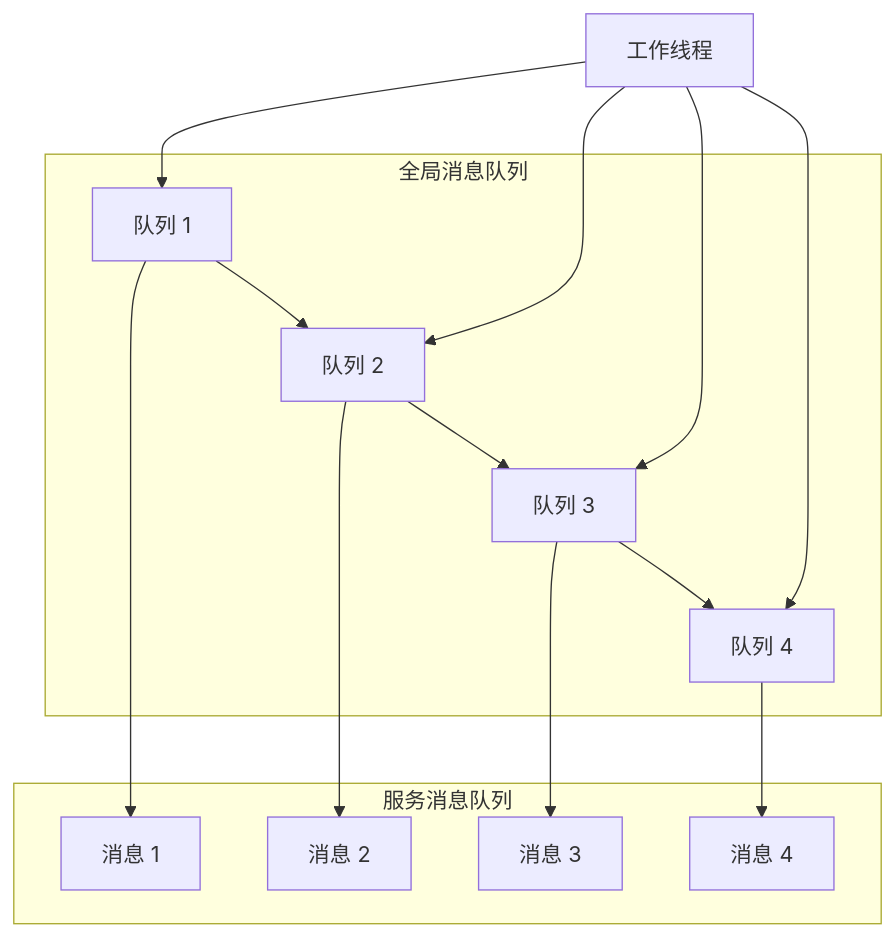
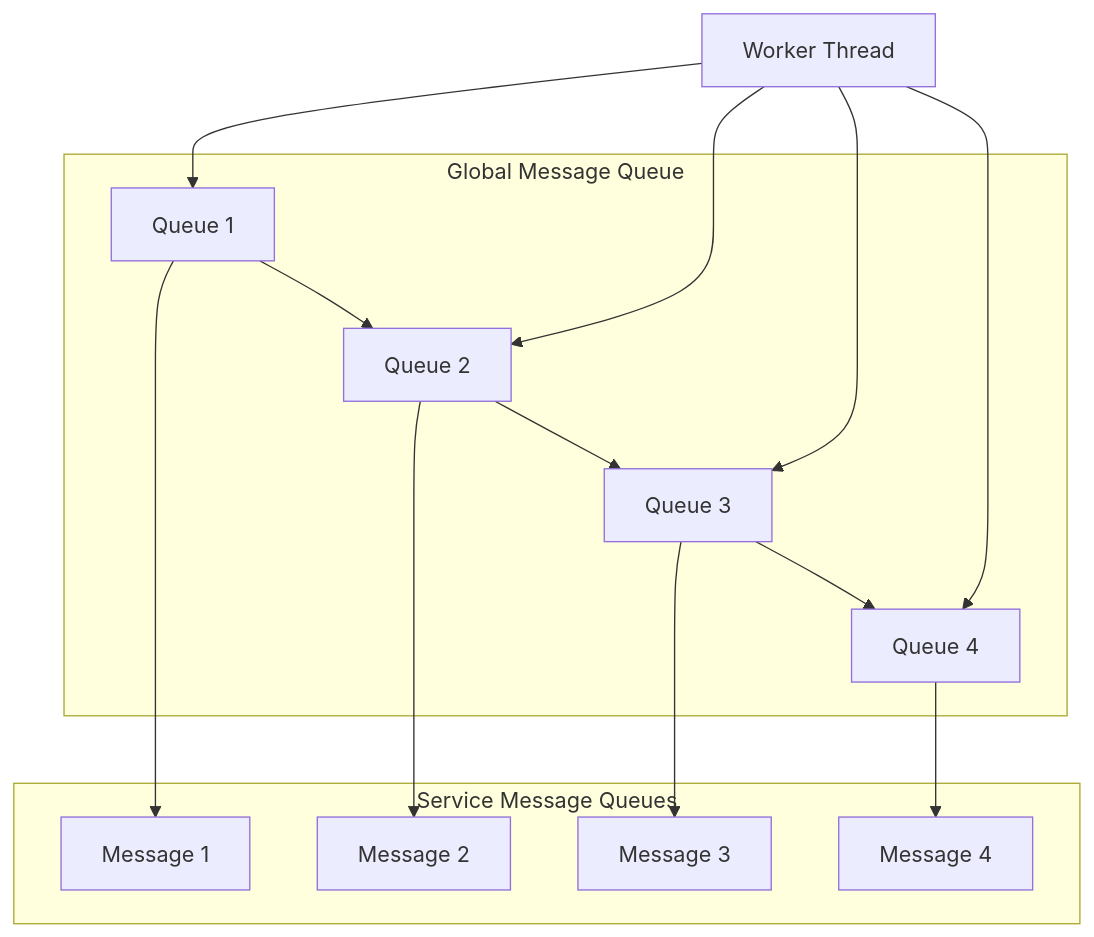
Before and after one commit to cuihairu/skynet: the third of 7 diagrams in docs/architecture/overview.md, drawn with Mermaid. The commit also changed other lines of this file and 86 other files, not shown here.

````diff
--- a/docs/architecture/overview.md
+++ b/docs/architecture/overview.md
@@ -135,25 +135,25 @@
 ```mermaid
 graph TB
-    subgraph 全局消息队列
-        GQ1[队列 1] --> GQ2[队列 2]
-        GQ2 --> GQ3[队列 3]
-        GQ3 --> GQ4[队列 4]
+    subgraph Global Message Queue
+        GQ1[Queue 1] --> GQ2[Queue 2]
+        GQ2 --> GQ3[Queue 3]
+        GQ3 --> GQ4[Queue 4]
     end
     
-    subgraph 服务消息队列
-        MQ1[消息 1]
-        MQ2[消息 2]
-        MQ3[消息 3]
-        MQ4[消息 4]
+    subgraph Service Message Queues
+        MQ1[Message 1]
+        MQ2[Message 2]
+        MQ3[Message 3]
+        MQ4[Message 4]
     end
     
     GQ1 --> MQ1
     GQ2 --> MQ2
     GQ3 --> MQ3
     GQ4 --> MQ4
     
-    Worker[工作线程] --> GQ1
+    Worker[Worker Thread] --> GQ1
     Worker --> GQ2
     Worker --> GQ3
     Worker --> GQ4
 ```
````
